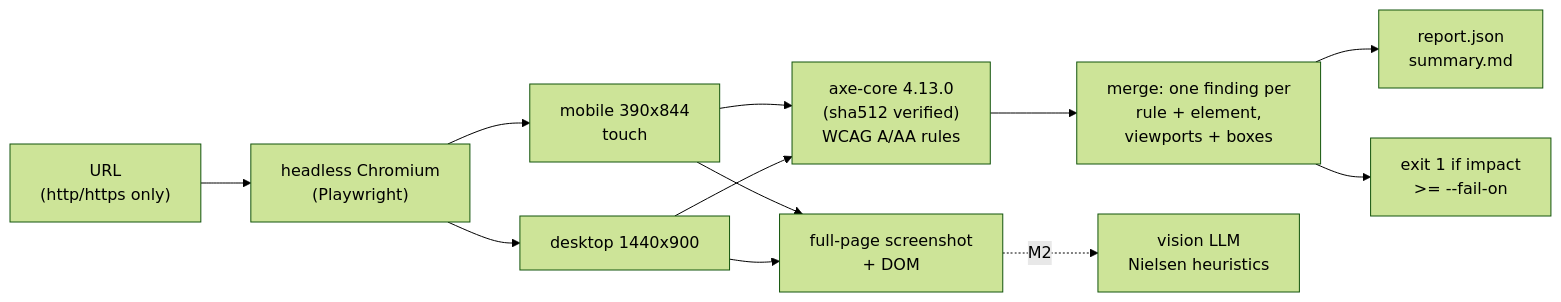
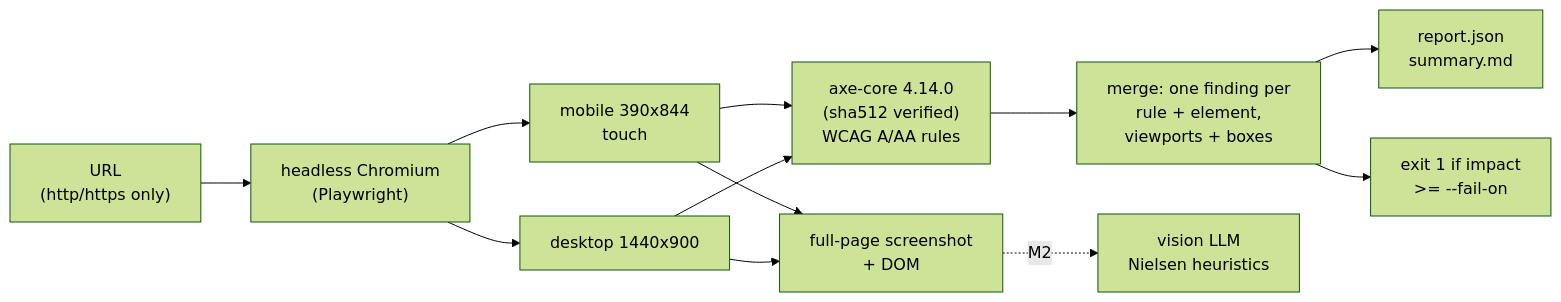
Before and after one commit to EquinoxWN/ui-heuristic-auditor: the first of 2 diagrams in README.md, drawn with Mermaid (forest theme). The commit also changed other lines of this file and 6 other files, not shown here.

Commit message:
build: update dependencies and axe-core 4.14.0

````diff
--- a/README.md
+++ b/README.md
@@ -24,12 +24,12 @@
 ```mermaid
 flowchart LR
   U["URL<br/>(http/https only)"] --> B["headless Chromium<br/>(Playwright)"]
   B --> M["mobile 390x844<br/>touch"]
   B --> D["desktop 1440x900"]
   M & D --> C["full-page screenshot<br/>+ DOM"]
-  M & D --> A["axe-core 4.13.0<br/>(sha512 verified)<br/>WCAG A/AA rules"]
+  M & D --> A["axe-core 4.14.0<br/>(sha512 verified)<br/>WCAG A/AA rules"]
   A --> F["merge: one finding per<br/>rule + element,<br/>viewports + boxes"]
   F --> R["report.json<br/>summary.md"]
   F --> G["exit 1 if impact<br/>>= --fail-on"]
   C -.->|M2| V["vision LLM<br/>Nielsen heuristics"]
 ```
````
